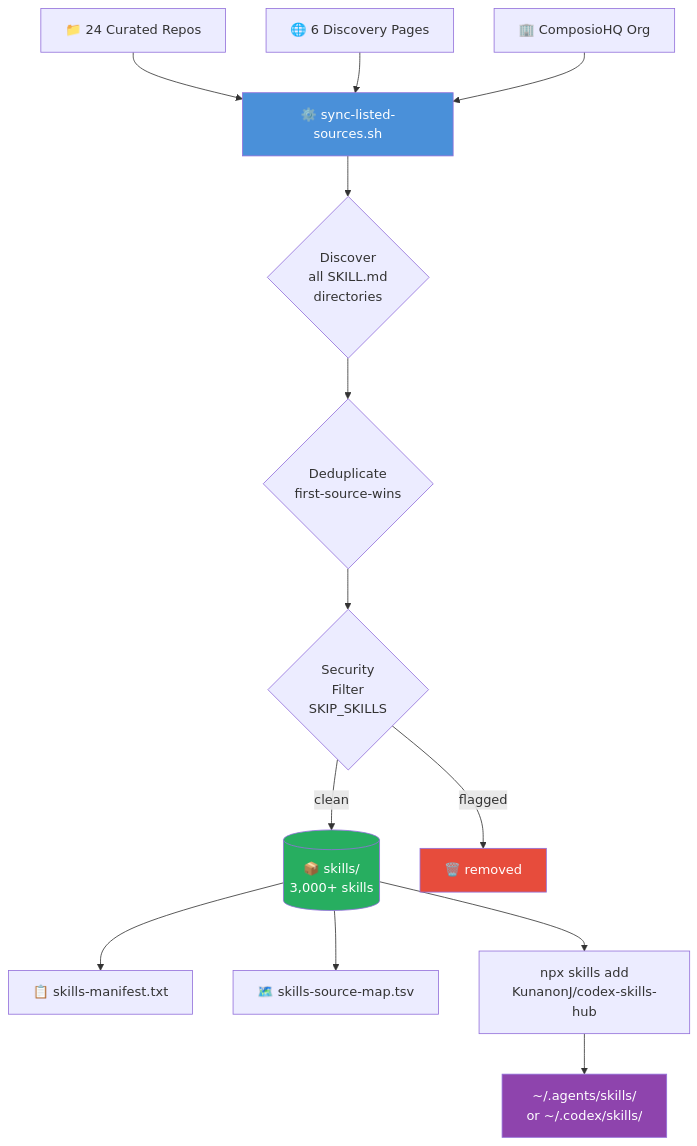
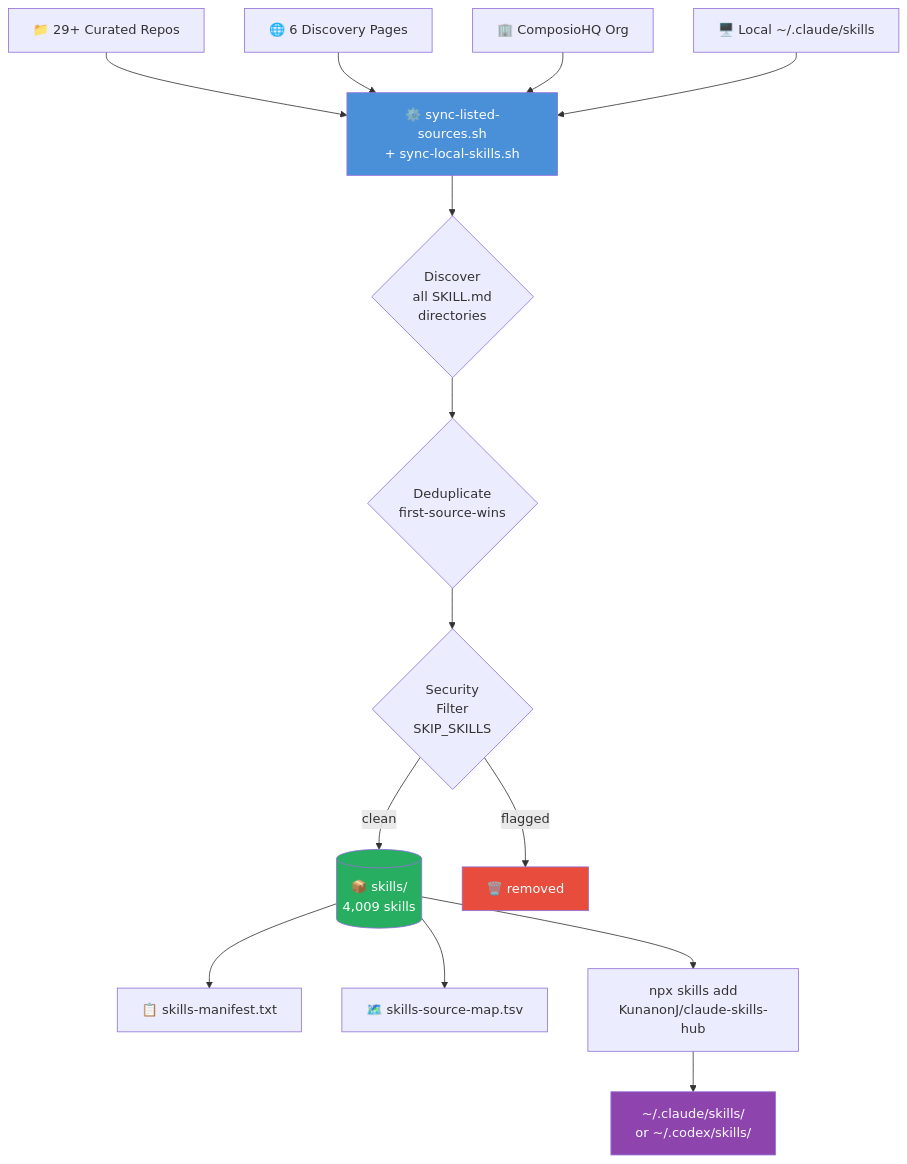
Before and after one commit to KunanonJ/claude-skills-hub: the second of 4 diagrams in README.md, drawn with Mermaid. The commit also changed other lines of this file, not shown here.

First line of the commit message:
docs: update README for claude-skills-hub rename and 4,009 skills

````diff
--- a/README.md
+++ b/README.md
@@ -115,26 +111,27 @@
 ```mermaid
 flowchart TD
-    A1[📁 24 Curated Repos] --> S
+    A1[📁 29+ Curated Repos] --> S
     A2[🌐 6 Discovery Pages] --> S
     A3[🏢 ComposioHQ Org] --> S
+    A4[🖥️ Local ~/.claude/skills] --> S
 
-    S[⚙️ sync-listed-sources.sh]
+    S[⚙️ sync-listed-sources.sh\n+ sync-local-skills.sh]
 
     S --> D1{Discover\nall SKILL.md\ndirectories}
     D1 --> D2{Deduplicate\nfirst-source-wins}
     D2 --> D3{Security\nFilter\nSKIP_SKILLS}
 
-    D3 -->|clean| OUT[(📦 skills/\n3,000+ skills)]
+    D3 -->|clean| OUT[(📦 skills/\n4,009 skills)]
     D3 -->|flagged| BIN[🗑️ removed]
 
     OUT --> M[📋 skills-manifest.txt]
     OUT --> T[🗺️ skills-source-map.tsv]
-    OUT --> I[npx skills add\nKunanonJ/codex-skills-hub]
+    OUT --> I[npx skills add\nKunanonJ/claude-skills-hub]
 
-    I --> LOCAL[~/.agents/skills/\nor ~/.codex/skills/]
+    I --> LOCAL[~/.claude/skills/\nor ~/.codex/skills/]
 
     style S fill:#4A90D9,color:#fff
     style OUT fill:#27AE60,color:#fff
     style BIN fill:#E74C3C,color:#fff
     style LOCAL fill:#8E44AD,color:#fff
 ```
````
